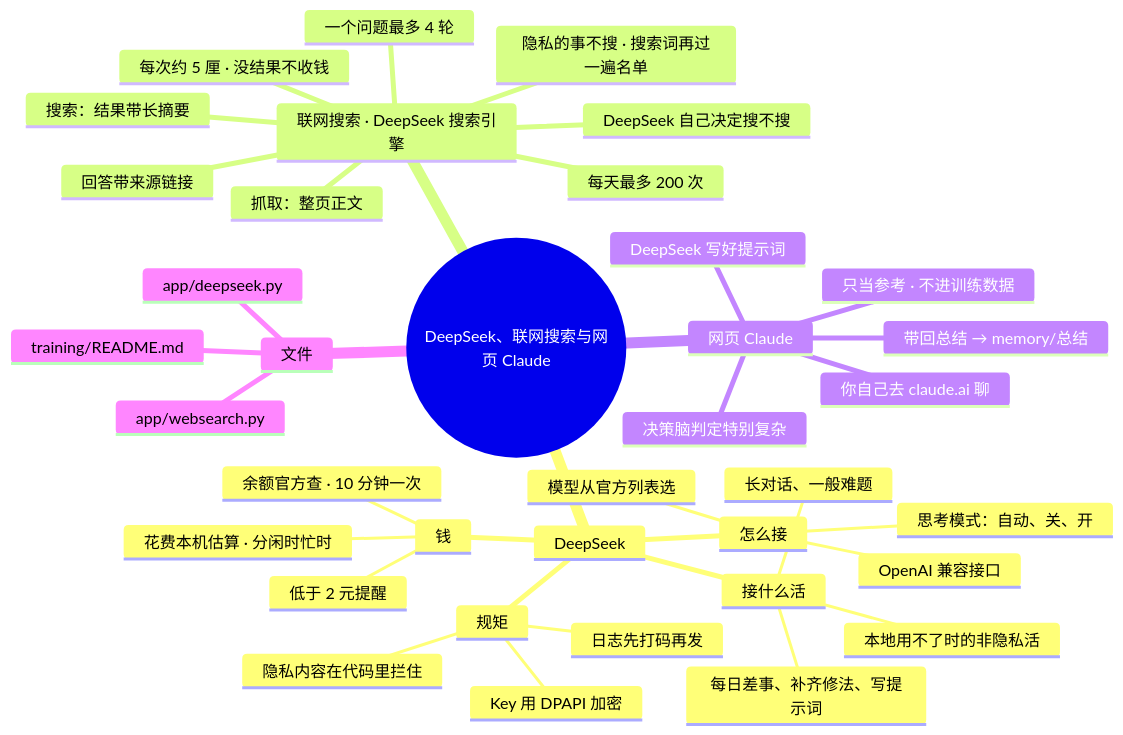
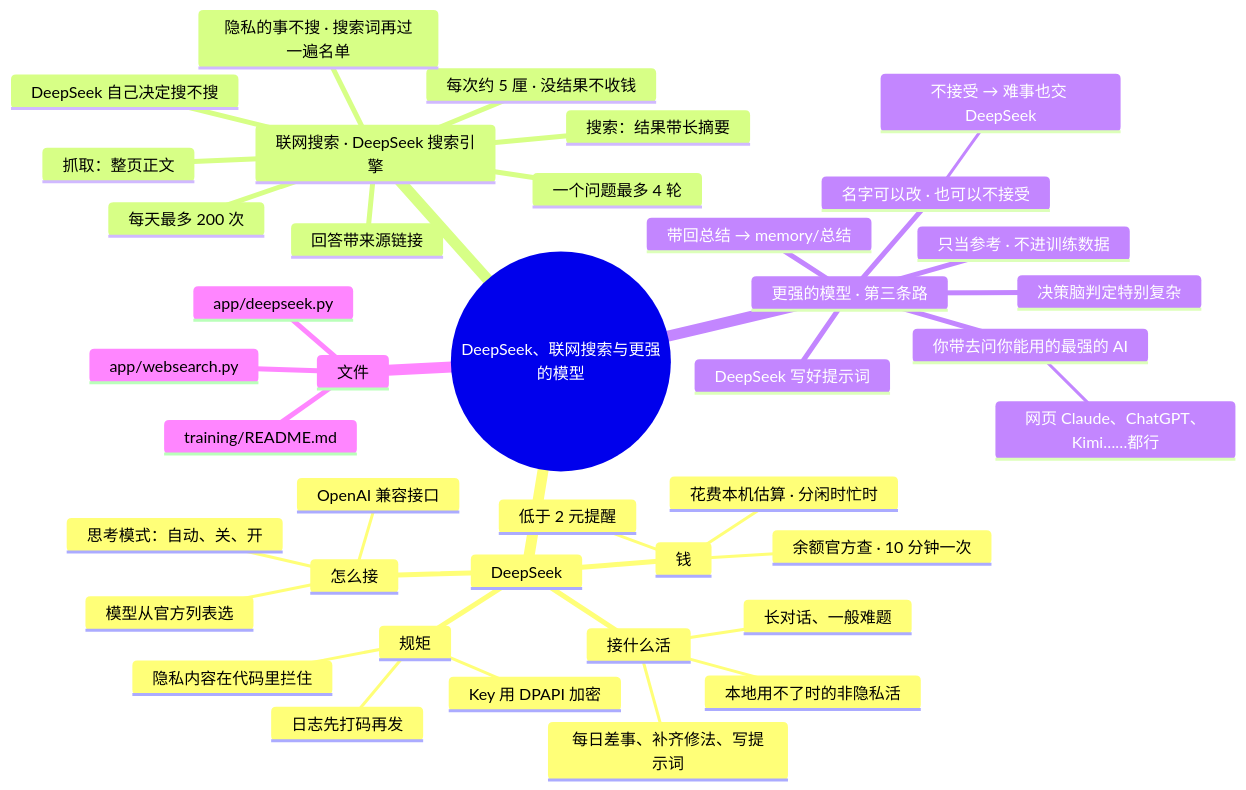
Before and after one commit to lql-076/Experiment-Agent-One: the diagram in docs/AI文档/架构/03-DeepSeek与网页Claude.md, drawn with Mermaid. The commit also changed other lines of this file and 55 other files, not shown here.

First line of the commit message:
v1.8.0：一页一屏放下、没有黑窗口、硬件监控助手开关、第三条路「更强的模型」和换它重做、CPU 读数和游戏识别修复

````diff
--- a/docs/AI文档/架构/03-DeepSeek与网页Claude.md
+++ b/docs/AI文档/架构/03-DeepSeek与网页Claude.md
@@ -9,41 +9,44 @@
 ```mermaid
 mindmap
-  root((DeepSeek、联网搜索与网页 Claude))
+  root((DeepSeek、联网搜索与更强的模型))
     DeepSeek
     :::svc-ds
       接什么活
         长对话、一般难题
         本地用不了时的非隐私活
         每日差事、补齐修法、写提示词
       怎么接
         OpenAI 兼容接口
         思考模式：自动、关、开
         模型从官方列表选
       钱
         余额官方查 · 10 分钟一次
         低于 2 元提醒
         花费本机估算 · 分闲时忙时
       规矩
         隐私内容在代码里拦住
         Key 用 DPAPI 加密
         日志先打码再发
     联网搜索 · DeepSeek 搜索引擎
       DeepSeek 自己决定搜不搜
       搜索：结果带长摘要
       抓取：整页正文
       一个问题最多 4 轮
       每天最多 200 次
       每次约 5 厘 · 没结果不收钱
       隐私的事不搜 · 搜索词再过一遍名单
       回答带来源链接
-    网页 Claude
+    更强的模型 · 第三条路
       决策脑判定特别复杂
       DeepSeek 写好提示词
-      你自己去 claude.ai 聊
+      你带去问你能用的最强的 AI
+        网页 Claude、ChatGPT、Kimi……都行
+      名字可以改 · 也可以不接受
+        不接受 → 难事也交 DeepSeek
       带回总结 → memory/总结
       只当参考 · 不进训练数据
     文件
       app/deepseek.py
       app/websearch.py
       training/README.md
 ```
````
